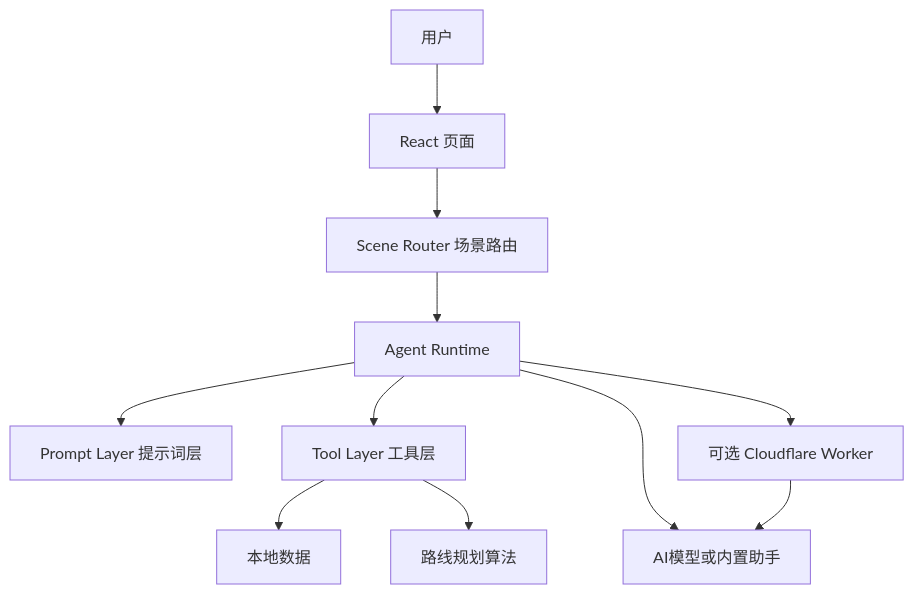
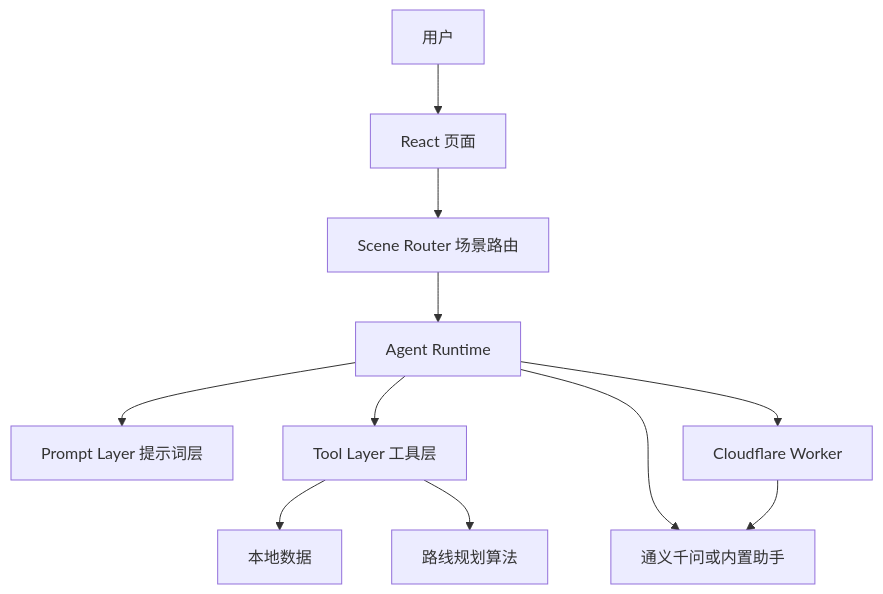
The diagram in docs/architecture.md (huhu-bli/bfu-smart-travel), drawn with Mermaid before and after one commit. The commit also changed other lines of this file, not shown here.

First line of the commit message:
docs(architecture): document worker-only qwen flow

````diff
--- a/docs/architecture.md
+++ b/docs/architecture.md
@@ -30,13 +30,13 @@
 ```mermaid
 flowchart TD
     U[用户] --> UI[React 页面]
     UI --> R[Scene Router 场景路由]
     R --> A[Agent Runtime]
     A --> P[Prompt Layer 提示词层]
     A --> T[Tool Layer 工具层]
-    A --> M[AI模型或内置助手]
+    A --> M[通义千问或内置助手]
     T --> D[本地数据]
     T --> L[路线规划算法]
-    A --> W[可选 Cloudflare Worker]
+    A --> W[Cloudflare Worker]
     W --> M
 ```
````
